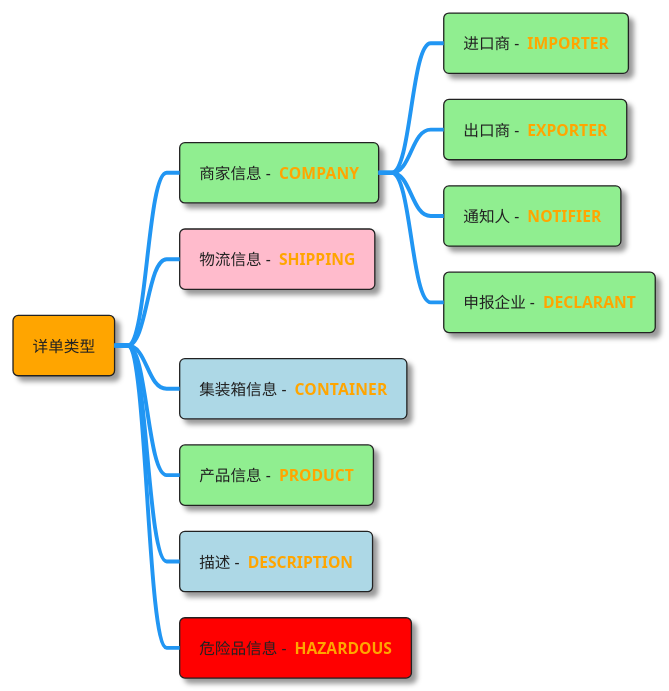
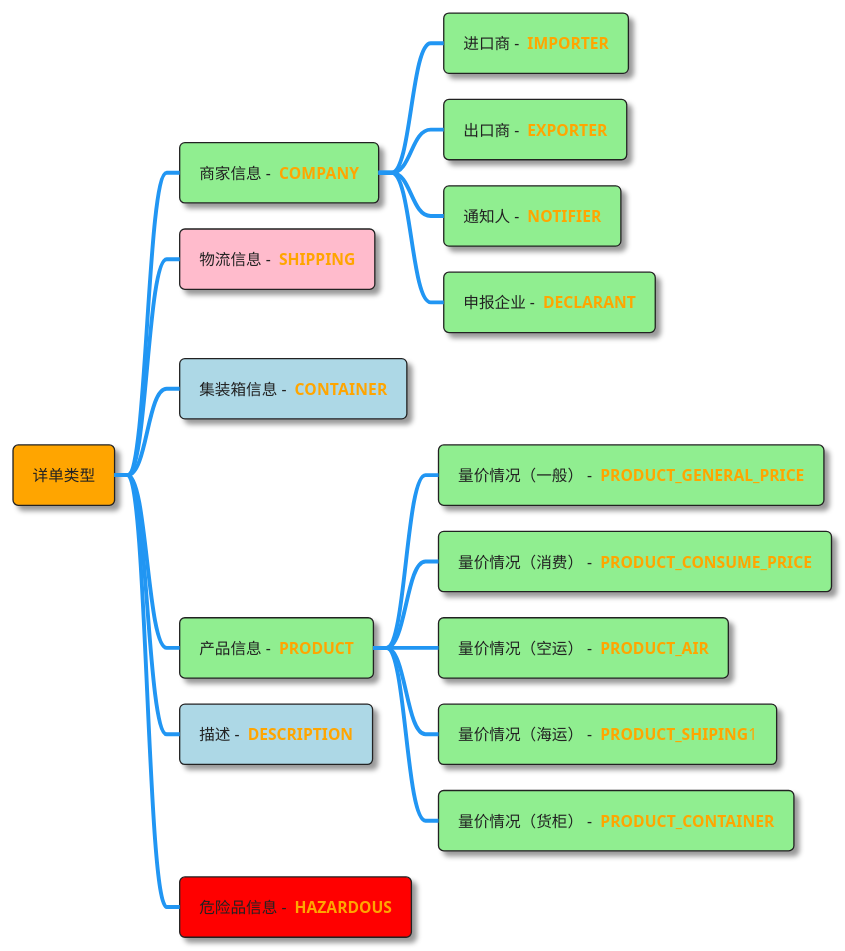
One commit to lwpk110/tendata-assets changed the diagram in plantuml/tradec/query_detail_type.puml. Above: the diagram before and after it, drawn with PlantUML. The commit also changed 4 other files, not shown here.

```diff
--- a/plantuml/tradec/query_detail_type.puml
+++ b/plantuml/tradec/query_detail_type.puml
@@ -1,14 +1,19 @@
 @startmindmap
 !theme materia
 *[#Orange] 详单类型
 **[#lightgreen] 商家信息 -  <color:orange><b>COMPANY</b>
 ***[#lightgreen] 进口商 -  <color:orange><b>IMPORTER</b>
 ***[#lightgreen] 出口商 -  <color:orange><b>EXPORTER</b>
 ***[#lightgreen] 通知人 -  <color:orange><b>NOTIFIER</b>
 ***[#lightgreen] 申报企业 -  <color:orange><b>DECLARANT</b>
 **[#FFBBCC] 物流信息 -  <color:orange><b>SHIPPING</b>
 **[#lightblue] 集装箱信息 -  <color:orange><b>CONTAINER</b>
 **[#lightgreen] 产品信息 -  <color:orange><b>PRODUCT</b>
+***[#lightgreen] 量价情况（一般） -  <color:orange><b>PRODUCT_GENERAL_PRICE</b>
+***[#lightgreen] 量价情况（消费） -  <color:orange><b>PRODUCT_CONSUME_PRICE</b>
+***[#lightgreen] 量价情况（空运） -  <color:orange><b>PRODUCT_AIR</b>
+***[#lightgreen] 量价情况（海运） -  <color:orange><b>PRODUCT_SHIPING</b>1
+***[#lightgreen] 量价情况（货柜） -  <color:orange><b>PRODUCT_CONTAINER</b>
 **[#lightblue] 描述 -  <color:orange><b>DESCRIPTION</b>
 **[#red] 危险品信息 -  <color:orange><b>HAZARDOUS</b>
 @endmindmap
```
